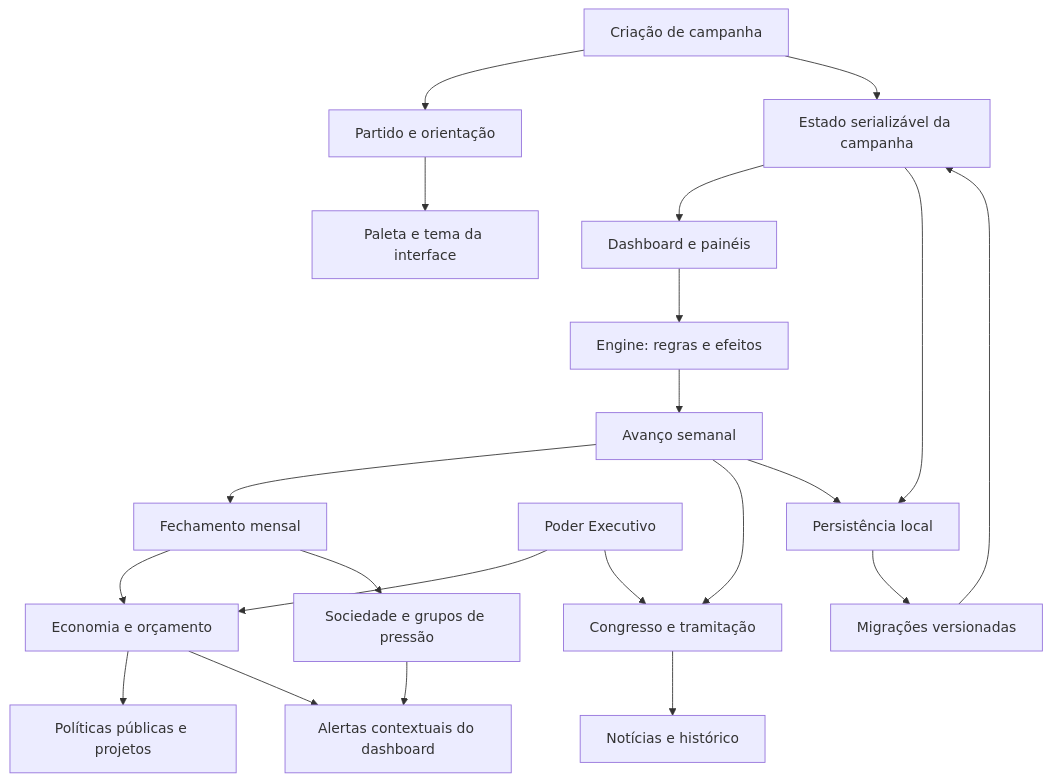
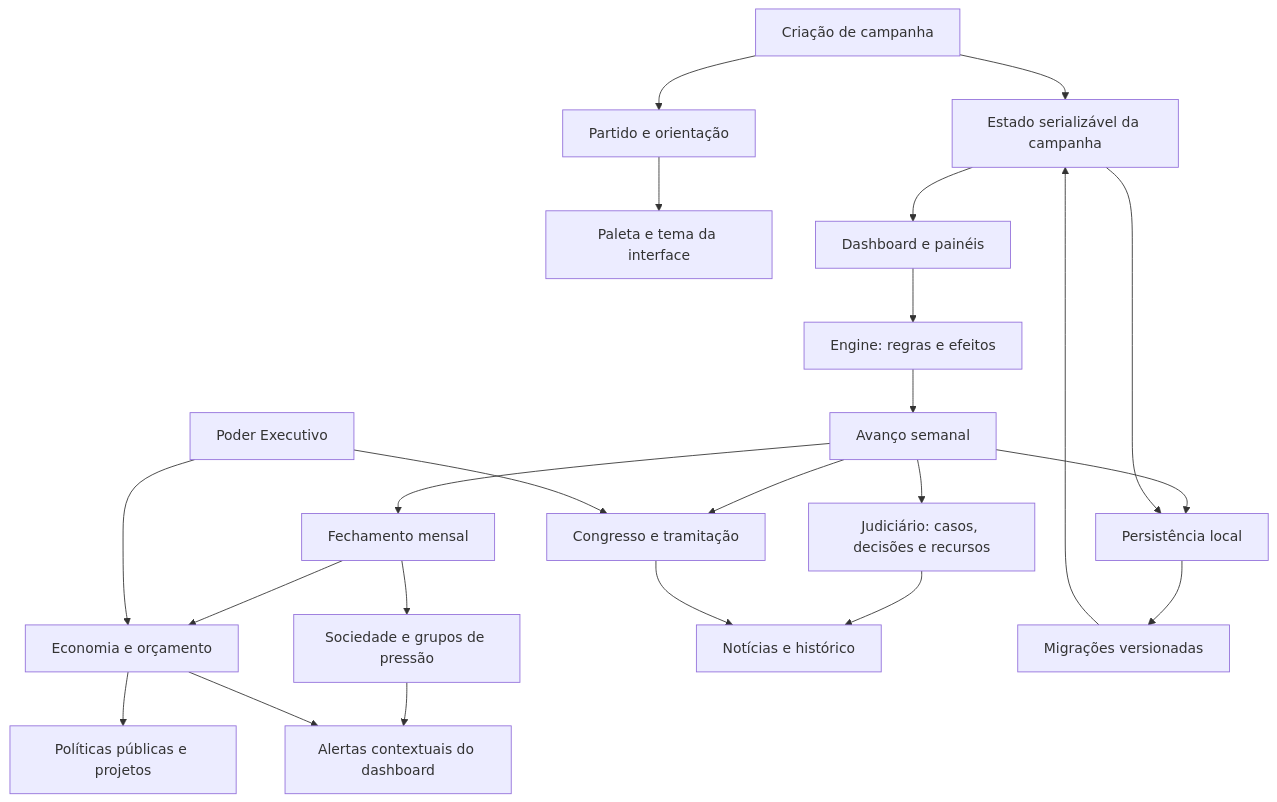
Before and after one commit to gabrigout/Pal-cio-em-Jogo: the first of 2 diagrams in docs/MAPA_MENTAL.md, drawn with Mermaid. The commit also changed other lines of this file, not shown here.

Commit message:
Update project mind map for Judiciary phase and save v9

````diff
--- a/docs/MAPA_MENTAL.md
+++ b/docs/MAPA_MENTAL.md
@@ -11,23 +11,25 @@
 ```mermaid
 flowchart TD
   Setup[Criação de campanha] --> Party[Partido e orientação]
   Party --> Theme[Paleta e tema da interface]
   Setup --> Campaign[Estado serializável da campanha]
   Campaign --> UI[Dashboard e painéis]
   UI --> Engine[Engine: regras e efeitos]
   Engine --> Turn[Avanço semanal]
   Turn --> Monthly[Fechamento mensal]
   Monthly --> Economy[Economia e orçamento]
   Monthly --> Society[Sociedade e grupos de pressão]
   Turn --> Legislature[Congresso e tramitação]
+  Turn --> Judiciary[Judiciário: casos, decisões e recursos]
+  Judiciary --> News
   Economy --> Projects[Políticas públicas e projetos]
   Executive[Poder Executivo] --> Economy
   Executive --> Legislature
   Society --> Dashboard[Alertas contextuais do dashboard]
   Economy --> Dashboard
   Legislature --> News[Notícias e histórico]
   Turn --> Save[Persistência local]
   Campaign --> Save
   Save --> Migration[Migrações versionadas]
   Migration --> Campaign
 ```
````
